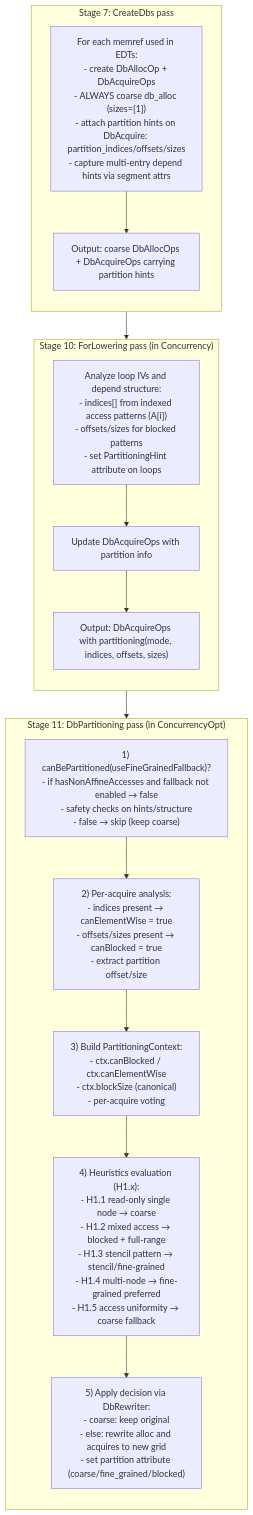
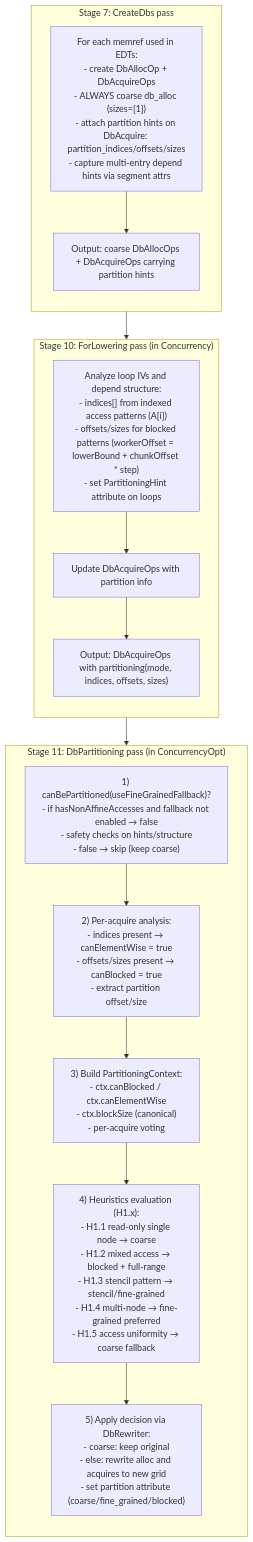
One commit to randreshg/carts changed the second of 9 diagrams in docs/heuristics/partitioning/partitioning.md. Above: the diagram before and after it, drawn with Mermaid. The commit also changed other lines of this file and 17 other files, not shown here.

````diff
--- a/docs/heuristics/partitioning/partitioning.md
+++ b/docs/heuristics/partitioning/partitioning.md
@@ -624,29 +636,29 @@
 ```mermaid
 flowchart TB
   subgraph S7["Stage 7: CreateDbs pass"]
     direction TB
     S7A["For each memref used in EDTs:<br/>- create DbAllocOp + DbAcquireOps<br/>- ALWAYS coarse db_alloc (sizes=[1])<br/>- attach partition hints on DbAcquire: partition_indices/offsets/sizes<br/>- capture multi-entry depend hints via segment attrs"]
     S7O["Output: coarse DbAllocOps + DbAcquireOps carrying partition hints"]
     S7A --> S7O
   end
 
   subgraph S10["Stage 10: ForLowering pass (in Concurrency)"]
     direction TB
-    S10A["Analyze loop IVs and depend structure:<br/>- indices[] from indexed access patterns (A[i])<br/>- offsets/sizes for blocked patterns<br/>- set PartitioningHint attribute on loops"]
+    S10A["Analyze loop IVs and depend structure:<br/>- indices[] from indexed access patterns (A[i])<br/>- offsets/sizes for blocked patterns (workerOffset = lowerBound + chunkOffset * step)<br/>- set PartitioningHint attribute on loops"]
     S10B["Update DbAcquireOps with partition info"]
     S10O["Output: DbAcquireOps with partitioning(mode, indices, offsets, sizes)"]
     S10A --> S10B --> S10O
   end
 
   subgraph S11["Stage 11: DbPartitioning pass (in ConcurrencyOpt)"]
     direction TB
     S11A["1) canBePartitioned(useFineGrainedFallback)?<br/>- if hasNonAffineAccesses and fallback not enabled → false<br/>- safety checks on hints/structure<br/>- false → skip (keep coarse)"]
     S11B["2) Per-acquire analysis:<br/>- indices present → canElementWise = true<br/>- offsets/sizes present → canBlocked = true<br/>- extract partition offset/size"]
     S11C["3) Build PartitioningContext:<br/>- ctx.canBlocked / ctx.canElementWise<br/>- ctx.blockSize (canonical)<br/>- per-acquire voting"]
     S11D["4) Heuristics evaluation (H1.x):<br/>- H1.1 read-only single node → coarse<br/>- H1.2 mixed access → blocked + full-range<br/>- H1.3 stencil pattern → stencil/fine-grained<br/>- H1.4 multi-node → fine-grained preferred<br/>- H1.5 access uniformity → coarse fallback"]
     S11E["5) Apply decision via DbRewriter:<br/>- coarse: keep original<br/>- else: rewrite alloc and acquires to new grid<br/>- set partition attribute (coarse/fine_grained/blocked)"]
     S11A --> S11B --> S11C --> S11D --> S11E
   end
 
   S7 --> S10 --> S11
 ```
````
